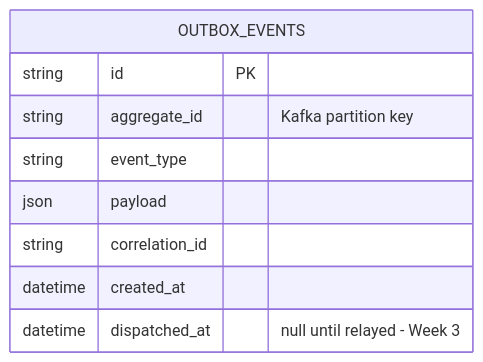
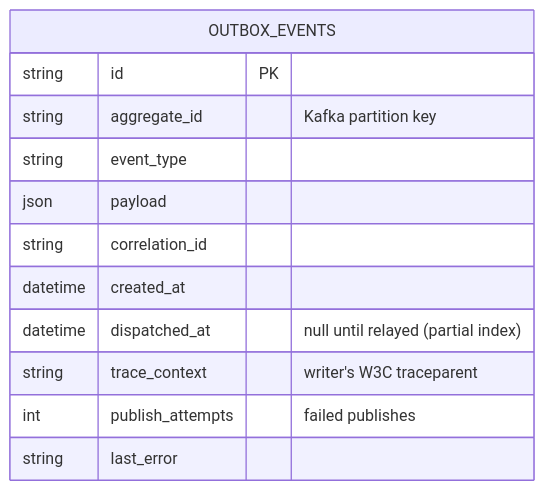
One commit to umer-emumba/smartfoodops-ms changed diagram 27 of 27 in docs/diagrams.md. Above: the diagram before and after it, drawn with Mermaid. The commit also changed other lines of this file and 5 other files, not shown here.

````diff
--- a/docs/diagrams.md
+++ b/docs/diagrams.md
@@ -776,12 +946,15 @@
 ```mermaid
 erDiagram
     OUTBOX_EVENTS {
         string id PK
         string aggregate_id "Kafka partition key"
         string event_type
         json payload
         string correlation_id
         datetime created_at
-        datetime dispatched_at "null until relayed - Week 3"
+        datetime dispatched_at "null until relayed (partial index)"
+        string trace_context "writer's W3C traceparent"
+        int publish_attempts "failed publishes"
+        string last_error
     }
 ```
````
